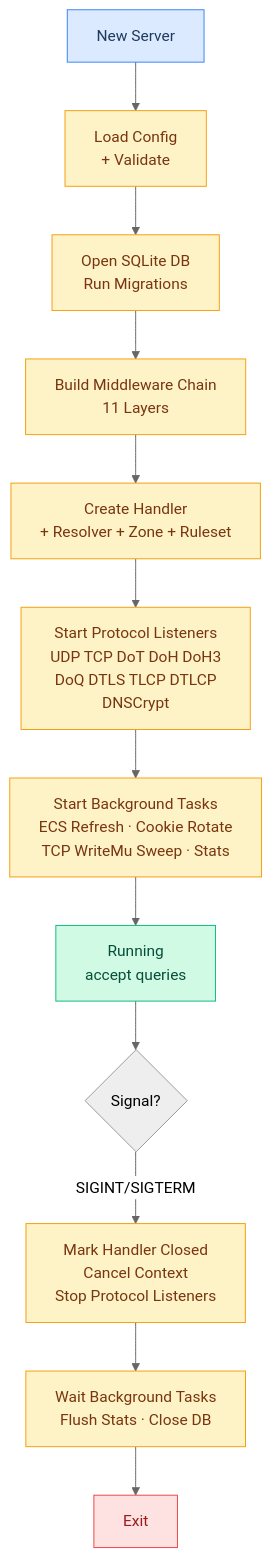
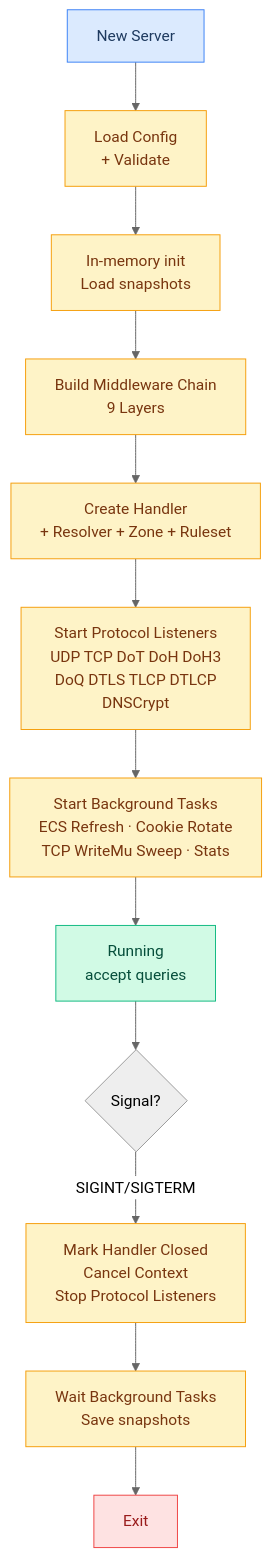
Before and after one commit to hezhijie0327/ZJDNS: the second of 28 diagrams in docs/FLOWCHARTS.md, drawn with Mermaid (neutral theme). The commit also changed other lines of this file and 33 other files, not shown here.

````diff
--- a/docs/FLOWCHARTS.md
+++ b/docs/FLOWCHARTS.md
@@ -26,22 +26,22 @@
 ```mermaid
 graph TD
     START[New Server] --> LOADCONF[Load Config<br/>+ Validate]
-    LOADCONF --> INITDB[Open SQLite DB<br/>Run Migrations]
-    INITDB --> INITMW[Build Middleware Chain<br/>11 Layers]
+    LOADCONF --> INITDB[In-memory init<br/>Load snapshots]
+    INITDB --> INITMW[Build Middleware Chain<br/>9 Layers]
     INITMW --> INITHANDLER[Create Handler<br/>+ Resolver + Zone + Ruleset]
     INITHANDLER --> STARTPROTO[Start Protocol Listeners<br/>UDP TCP DoT DoH DoH3<br/>DoQ DTLS TLCP DTLCP<br/>DNSCrypt]
     STARTPROTO --> BG[Start Background Tasks<br/>ECS Refresh · Cookie Rotate<br/>TCP WriteMu Sweep · Stats]
     BG --> RUNNING[Running<br/>accept queries]
     RUNNING --> SIG{Signal?}
     SIG -->|SIGINT/SIGTERM| SHUTDOWN[Mark Handler Closed<br/>Cancel Context<br/>Stop Protocol Listeners]
-    SHUTDOWN --> WAITBG[Wait Background Tasks<br/>Flush Stats · Close DB]
+    SHUTDOWN --> WAITBG[Wait Background Tasks<br/>Save snapshots]
     WAITBG --> EXIT[Exit]
     classDef start fill:#dbeafe,stroke:#3b82f6,color:#1e3a5f
     classDef proc fill:#fef3c7,stroke:#f59e0b,color:#78350f
     classDef running fill:#d1fae5,stroke:#10b981,color:#064e3b
     classDef exit fill:#fee2e2,stroke:#ef4444,color:#991b1b
     class START start
     class LOADCONF,INITDB,INITMW,INITHANDLER,STARTPROTO,BG,SHUTDOWN,WAITBG proc
     class RUNNING running
     class EXIT exit
 ```
````
